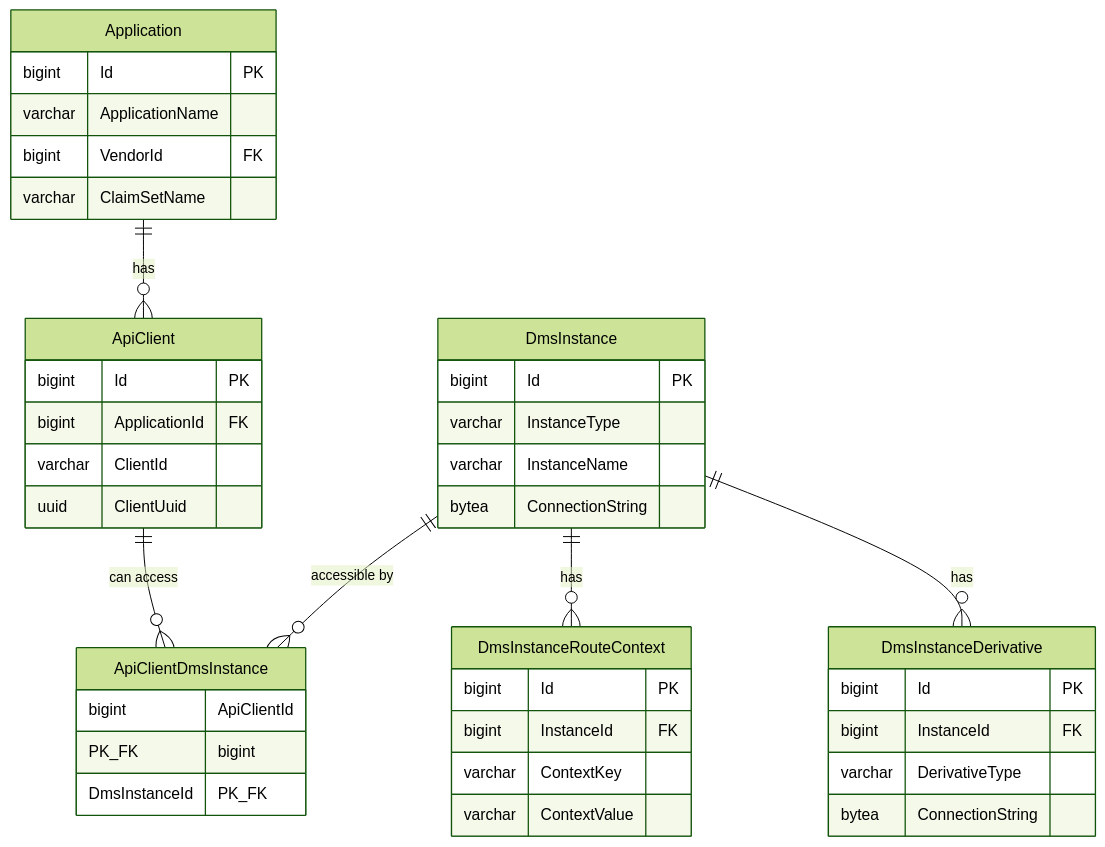
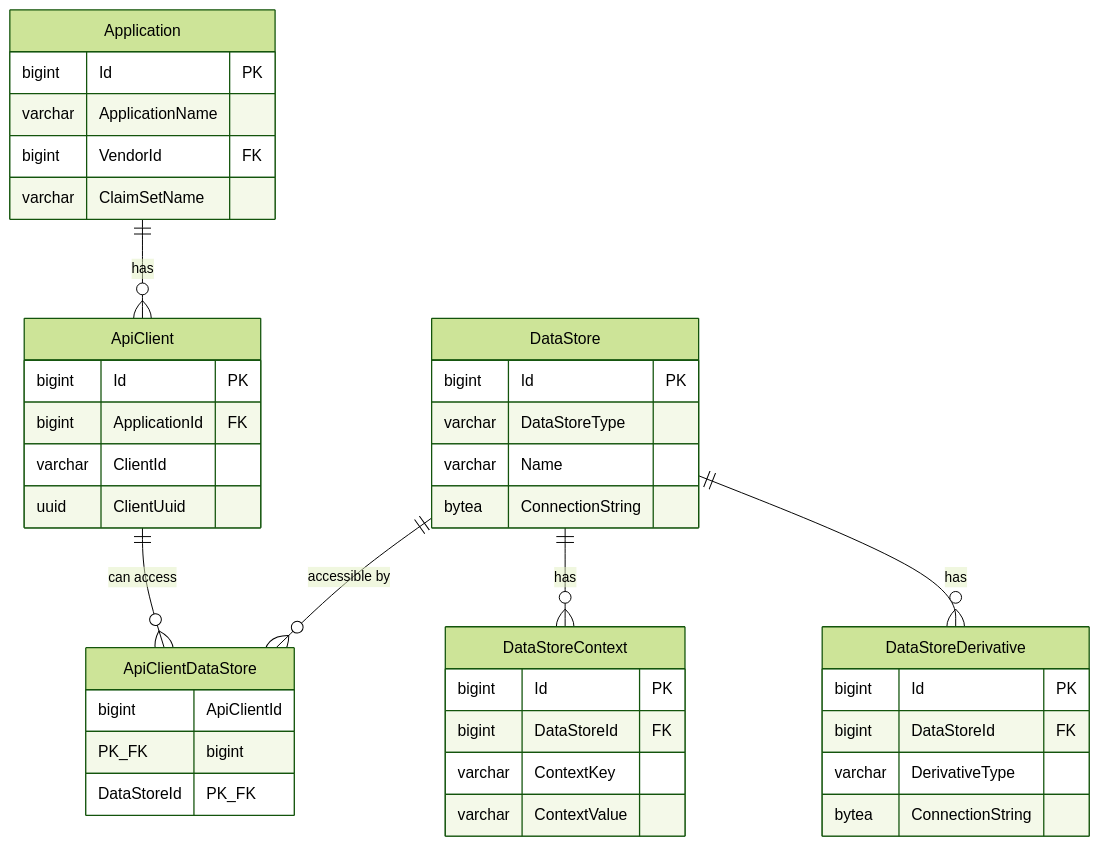
The diagram in docs/API-CLIENT-AND-INSTANCE-CONFIGURATION.md (Ed-Fi-Alliance-OSS/Data-Management-Service), drawn with Mermaid (forest theme) before and after one commit. The commit also changed other lines of this file and 359 other files, not shown here.

Commit message:
DMS-1198: complete DmsInstance to DataStore rename

````diff
--- a/docs/API-CLIENT-AND-INSTANCE-CONFIGURATION.md
+++ b/docs/API-CLIENT-AND-INSTANCE-CONFIGURATION.md
@@ -49,48 +49,48 @@
 ```mermaid
 erDiagram
     Application ||--o{ ApiClient : "has"
-    ApiClient ||--o{ ApiClientDmsInstance : "can access"
-    DmsInstance ||--o{ ApiClientDmsInstance : "accessible by"
-    DmsInstance ||--o{ DmsInstanceRouteContext : "has"
-    DmsInstance ||--o{ DmsInstanceDerivative : "has"
+    ApiClient ||--o{ ApiClientDataStore : "can access"
+    DataStore ||--o{ ApiClientDataStore : "accessible by"
+    DataStore ||--o{ DataStoreContext : "has"
+    DataStore ||--o{ DataStoreDerivative : "has"
 
     Application {
         bigint Id PK
         varchar ApplicationName
         bigint VendorId FK
         varchar ClaimSetName
     }
 
     ApiClient {
         bigint Id PK
         bigint ApplicationId FK
         varchar ClientId
         uuid ClientUuid
     }
 
-    ApiClientDmsInstance {
+    ApiClientDataStore {
         bigint ApiClientId PK_FK
-        bigint DmsInstanceId PK_FK
+        bigint DataStoreId PK_FK
     }
 
-    DmsInstance {
+    DataStore {
         bigint Id PK
-        varchar InstanceType
-        varchar InstanceName
+        varchar DataStoreType
+        varchar Name
         bytea ConnectionString
     }
 
-    DmsInstanceRouteContext {
+    DataStoreContext {
         bigint Id PK
-        bigint InstanceId FK
+        bigint DataStoreId FK
         varchar ContextKey
         varchar ContextValue
     }
 
-    DmsInstanceDerivative {
+    DataStoreDerivative {
         bigint Id PK
-        bigint InstanceId FK
+        bigint DataStoreId FK
         varchar DerivativeType
         bytea ConnectionString
     }
 ```
````
